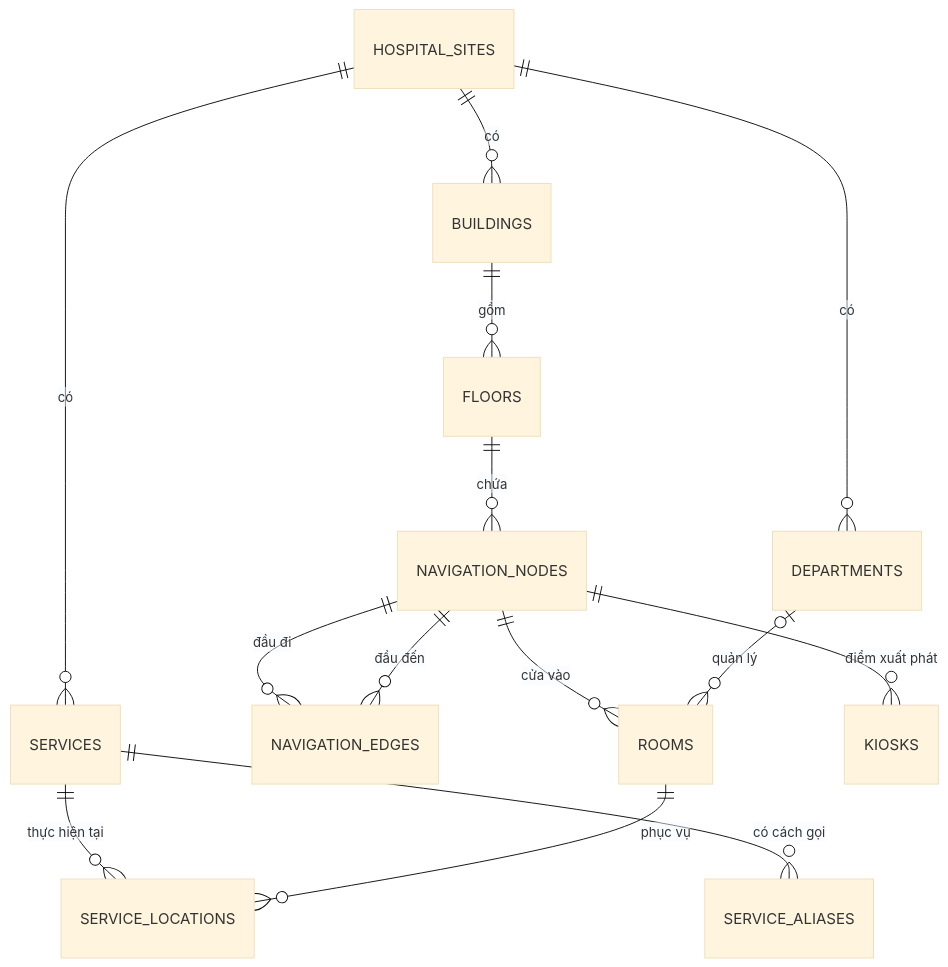
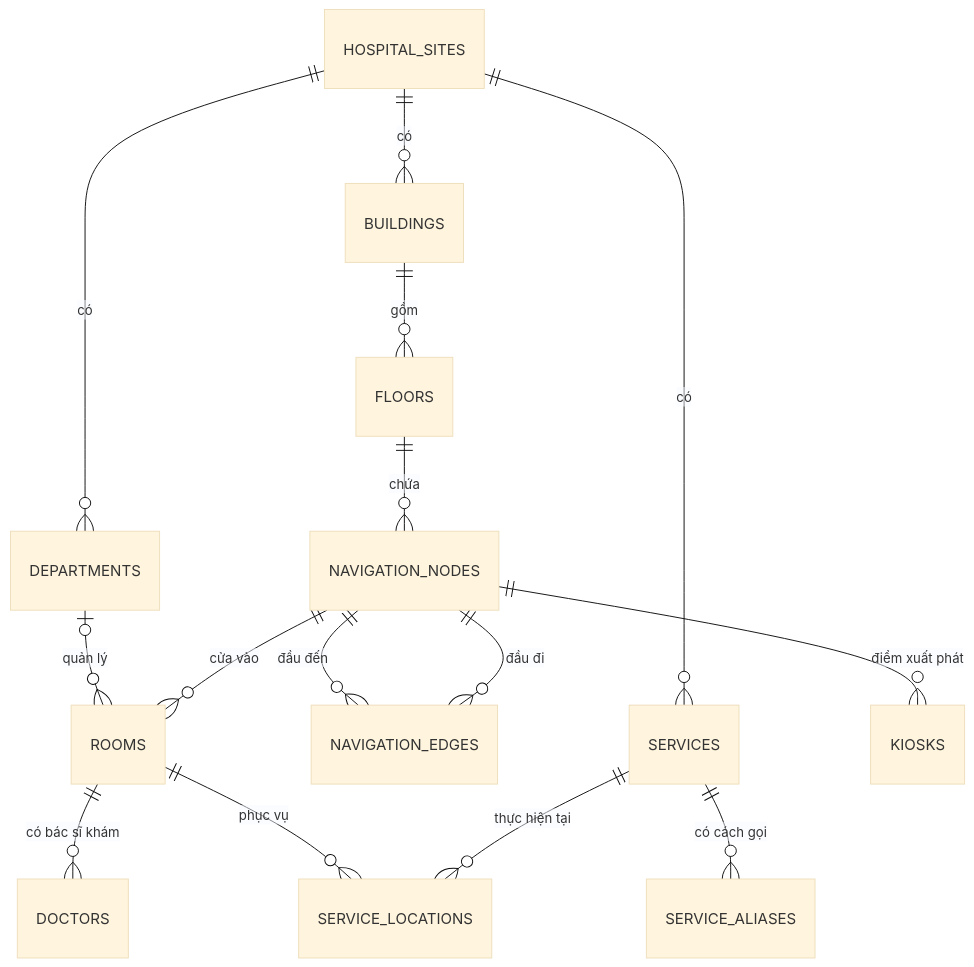
Before and after one commit to gyn0205/CareWayV: the diagram in docs/wayfinding-database.md, drawn with Mermaid (base theme). The commit also changed other lines of this file and 33 other files, not shown here.

````diff
--- a/docs/wayfinding-database.md
+++ b/docs/wayfinding-database.md
@@ -7,16 +7,17 @@
 ```mermaid
 erDiagram
     HOSPITAL_SITES ||--o{ BUILDINGS : "có"
     HOSPITAL_SITES ||--o{ DEPARTMENTS : "có"
     HOSPITAL_SITES ||--o{ SERVICES : "có"
     BUILDINGS ||--o{ FLOORS : "gồm"
     FLOORS ||--o{ NAVIGATION_NODES : "chứa"
     NAVIGATION_NODES ||--o{ NAVIGATION_EDGES : "đầu đi"
     NAVIGATION_NODES ||--o{ NAVIGATION_EDGES : "đầu đến"
     NAVIGATION_NODES ||--o{ ROOMS : "cửa vào"
     NAVIGATION_NODES ||--o{ KIOSKS : "điểm xuất phát"
     DEPARTMENTS |o--o{ ROOMS : "quản lý"
     SERVICES ||--o{ SERVICE_ALIASES : "có cách gọi"
     SERVICES ||--o{ SERVICE_LOCATIONS : "thực hiện tại"
     ROOMS ||--o{ SERVICE_LOCATIONS : "phục vụ"
+    ROOMS ||--o{ DOCTORS : "có bác sĩ khám"
 ```
````
